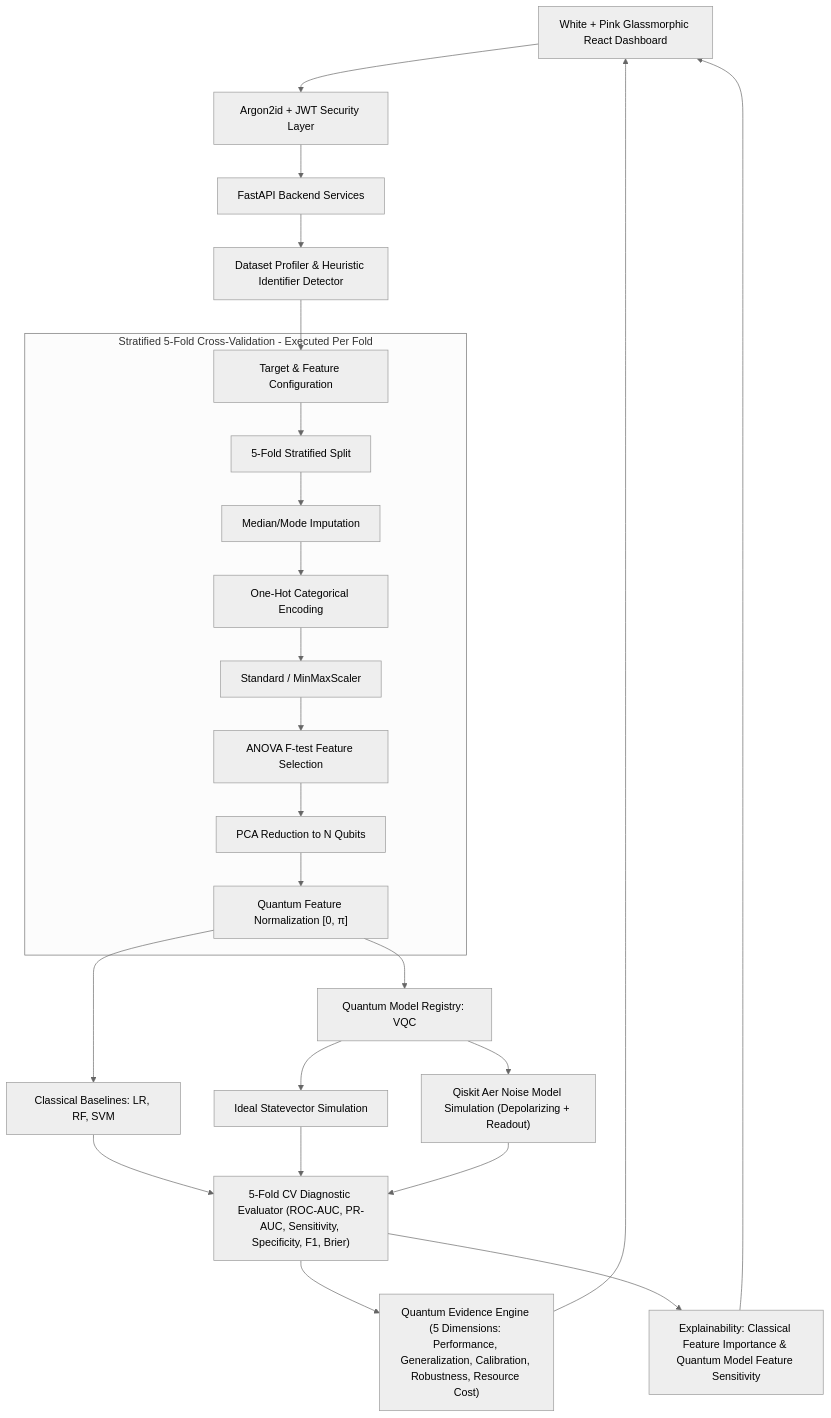
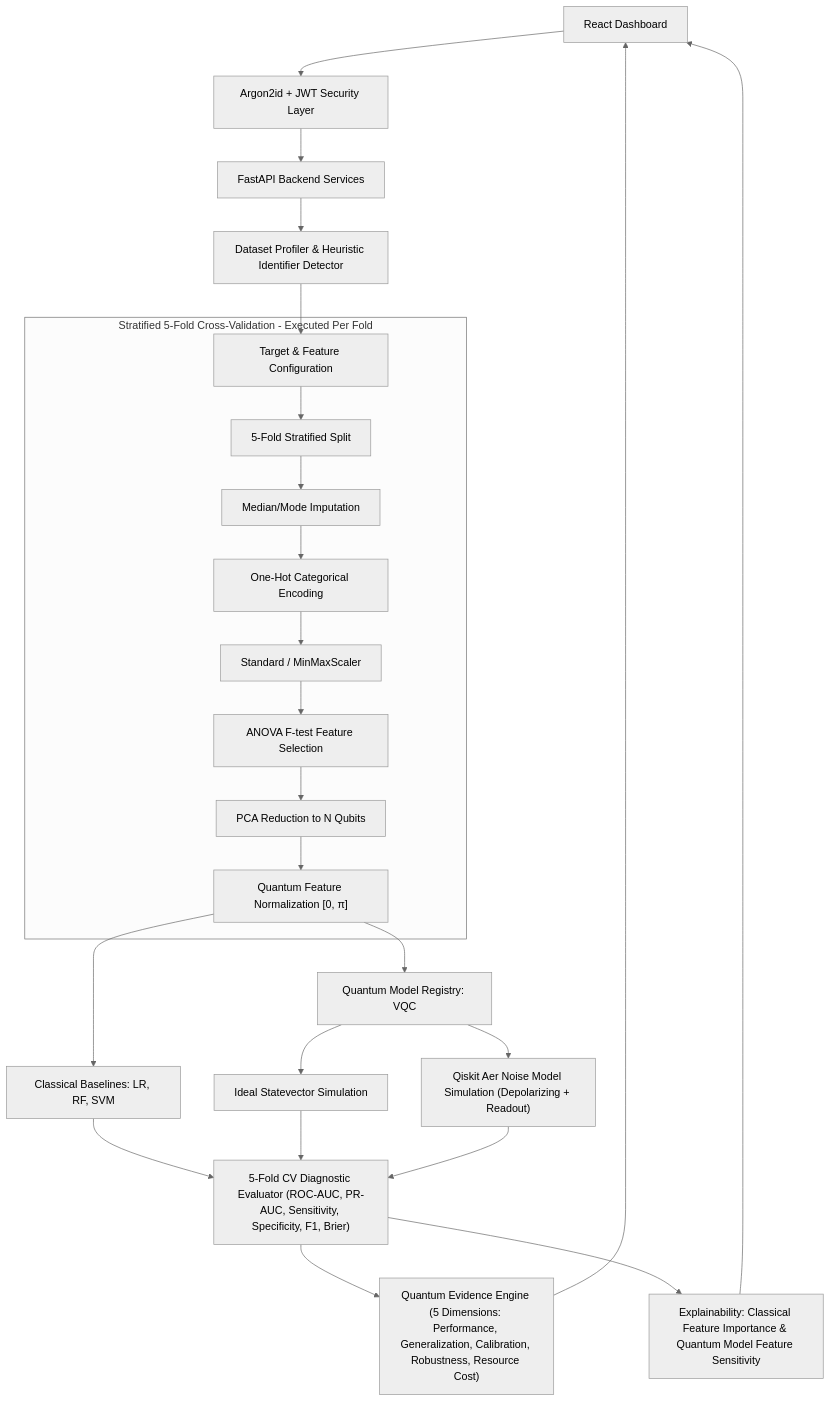
The diagram in README.md (guptashashank16/PROJECT-O2), drawn with Mermaid (neutral theme) before and after one commit.

Commit message:
readme edited

````diff
--- a/README.md
+++ b/README.md
@@ -31,33 +31,33 @@
 ```mermaid
 flowchart TD
-    UI["White + Pink Glassmorphic React Dashboard"] --> Auth["Argon2id + JWT Security Layer"]
+    UI["React Dashboard"] --> Auth["Argon2id + JWT Security Layer"]
     Auth --> API["FastAPI Backend Services"]
     API --> Profiler["Dataset Profiler & Heuristic Identifier Detector"]
     Profiler --> Config["Target & Feature Configuration"]
 
     subgraph LeakageFreeCV["Stratified 5-Fold Cross-Validation - Executed Per Fold"]
         Config --> FoldSplit["5-Fold Stratified Split"]
         FoldSplit --> Impute["Median/Mode Imputation"]
         Impute --> Encode["One-Hot Categorical Encoding"]
         Encode --> Scale["Standard / MinMaxScaler"]
         Scale --> Select["ANOVA F-test Feature Selection"]
         Select --> PCA["PCA Reduction to N Qubits"]
         PCA --> Angle["Quantum Feature Normalization [0, π]"]
     end
 
     Angle --> ClassicalZoo["Classical Baselines: LR, RF, SVM"]
     Angle --> QRegistry["Quantum Model Registry: VQC"]
 
     QRegistry --> IdealSim["Ideal Statevector Simulation"]
     QRegistry --> NoisySim["Qiskit Aer Noise Model Simulation (Depolarizing + Readout)"]
 
     ClassicalZoo --> Eval["5-Fold CV Diagnostic Evaluator (ROC-AUC, PR-AUC, Sensitivity, Specificity, F1, Brier)"]
     IdealSim --> Eval
     NoisySim --> Eval
 
     Eval --> Evidence["Quantum Evidence Engine (5 Dimensions: Performance, Generalization, Calibration, Robustness, Resource Cost)"]
     Eval --> Expl["Explainability: Classical Feature Importance & Quantum Model Feature Sensitivity"]
     
     Evidence --> UI
     Expl --> UI
 ```
````
